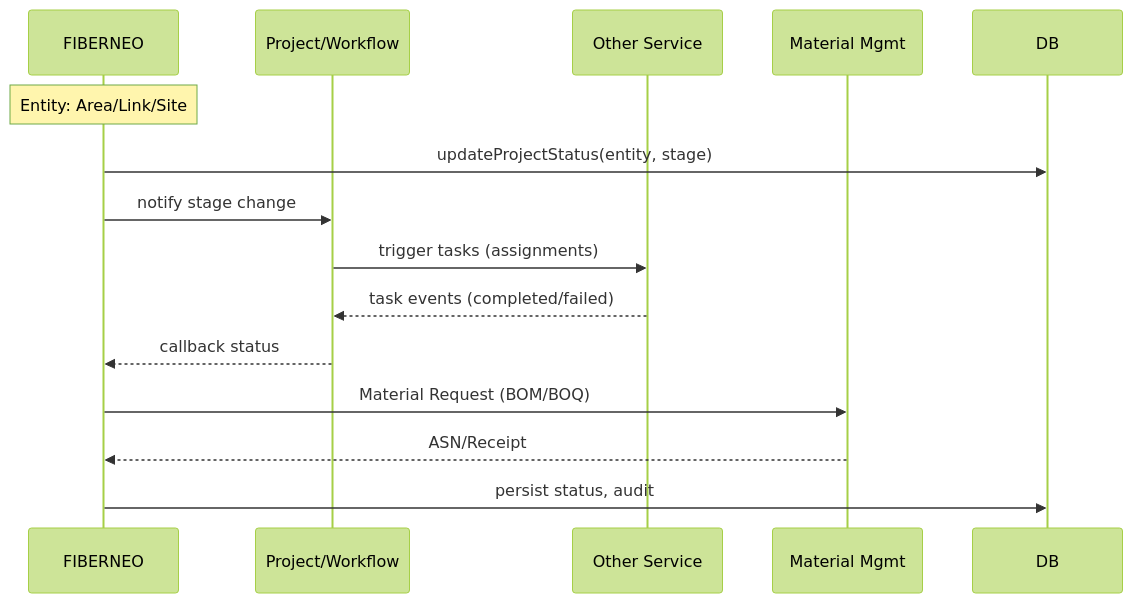
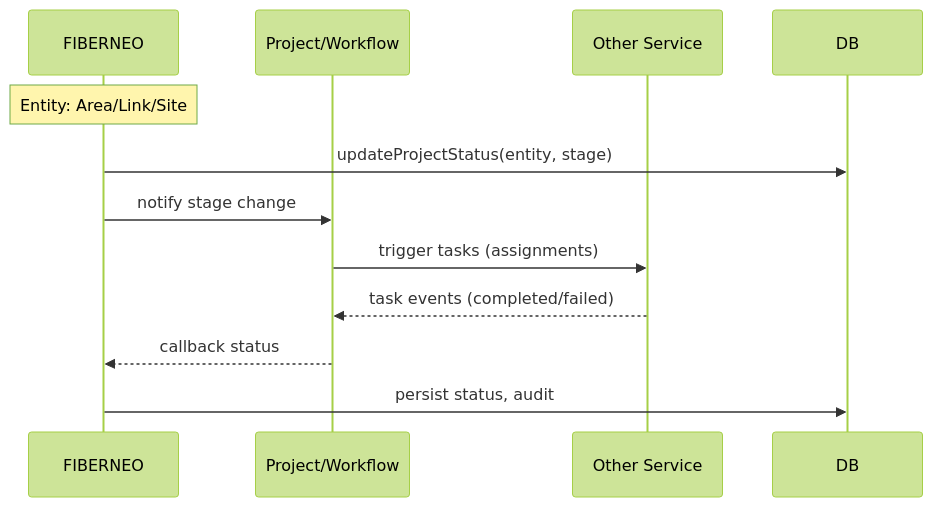
One commit to BhavikVisionGit/Fiberneo-Documents changed the fourth of 13 diagrams in Fiberneo-Document/LLD/LLD.md. Above: the diagram before and after it, drawn with Mermaid (forest theme). The commit also changed other lines of this file and 12 other files, not shown here.

````diff
--- a/Fiberneo-Document/LLD/LLD.md
+++ b/Fiberneo-Document/LLD/LLD.md
@@ -263,18 +263,15 @@
 ```mermaid
 sequenceDiagram
   participant FN as FIBERNEO
   participant PRJ as Project/Workflow
   participant OSV as Other Service
-  participant MAT as Material Mgmt
   participant DB as DB
   Note over FN: Entity: Area/Link/Site
 
   FN->>DB: updateProjectStatus(entity, stage)
   FN->>PRJ: notify stage change
   PRJ->>OSV: trigger tasks (assignments)
   OSV-->>PRJ: task events (completed/failed)
   PRJ-->>FN: callback status
-  FN->>MAT: Material Request (BOM/BOQ)
-  MAT-->>FN: ASN/Receipt
   FN->>DB: persist status, audit
 ```
````
